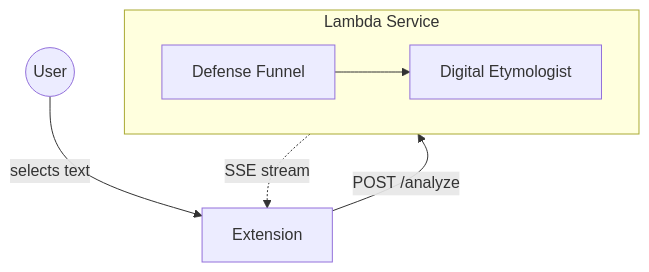
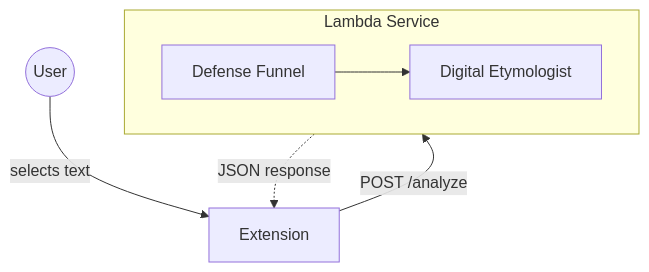
One commit to martymcenroe/Aletheia changed the diagram in docs/0001-architecture.md. Above: the diagram before and after it, drawn with Mermaid. The commit also changed other lines of this file and 21 other files, not shown here.

````diff
--- a/docs/0001-architecture.md
+++ b/docs/0001-architecture.md
@@ -5,12 +5,12 @@
 ```mermaid
 graph TB
     User((User)) -->|selects text| Ext[Extension]
 
     Ext -->|POST /analyze| Lambda
 
     subgraph Lambda[Lambda Service]
         DF[Defense Funnel] --> DE[Digital Etymologist]
     end
 
-    Lambda -.->|SSE stream| Ext
+    Lambda -.->|JSON response| Ext
 ```
````
